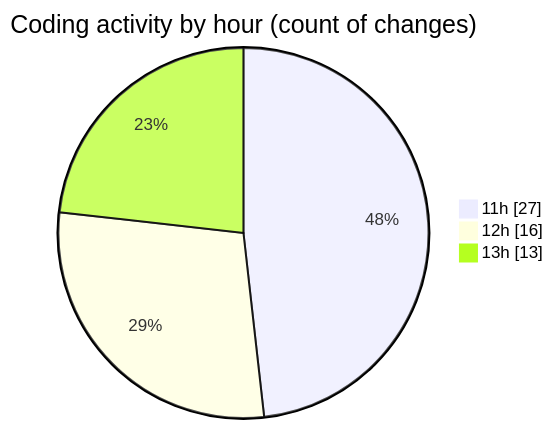
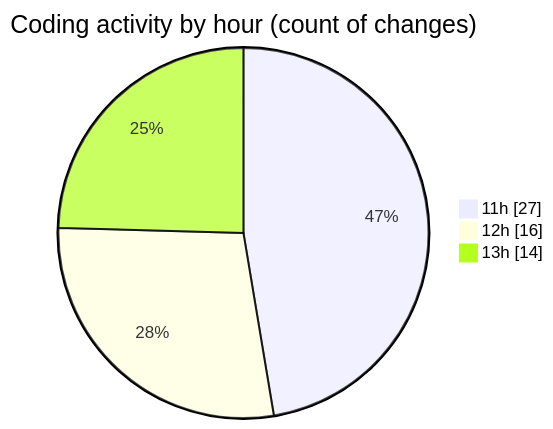
Before and after one commit to MatusMokan/code-tracking: the second of 2 diagrams in 2025-04-18/myws__workspace_/README.md, drawn with Mermaid. The commit also changed other lines of this file and 1 other file, not shown here.

````diff
--- a/2025-04-18/myws__workspace_/README.md
+++ b/2025-04-18/myws__workspace_/README.md
@@ -29,7 +29,7 @@
 ```mermaid
 pie showData
 title Coding activity by hour (count of changes)
 "11h" : 27
 "12h" : 16
-"13h" : 13
+"13h" : 14
 ```
````
